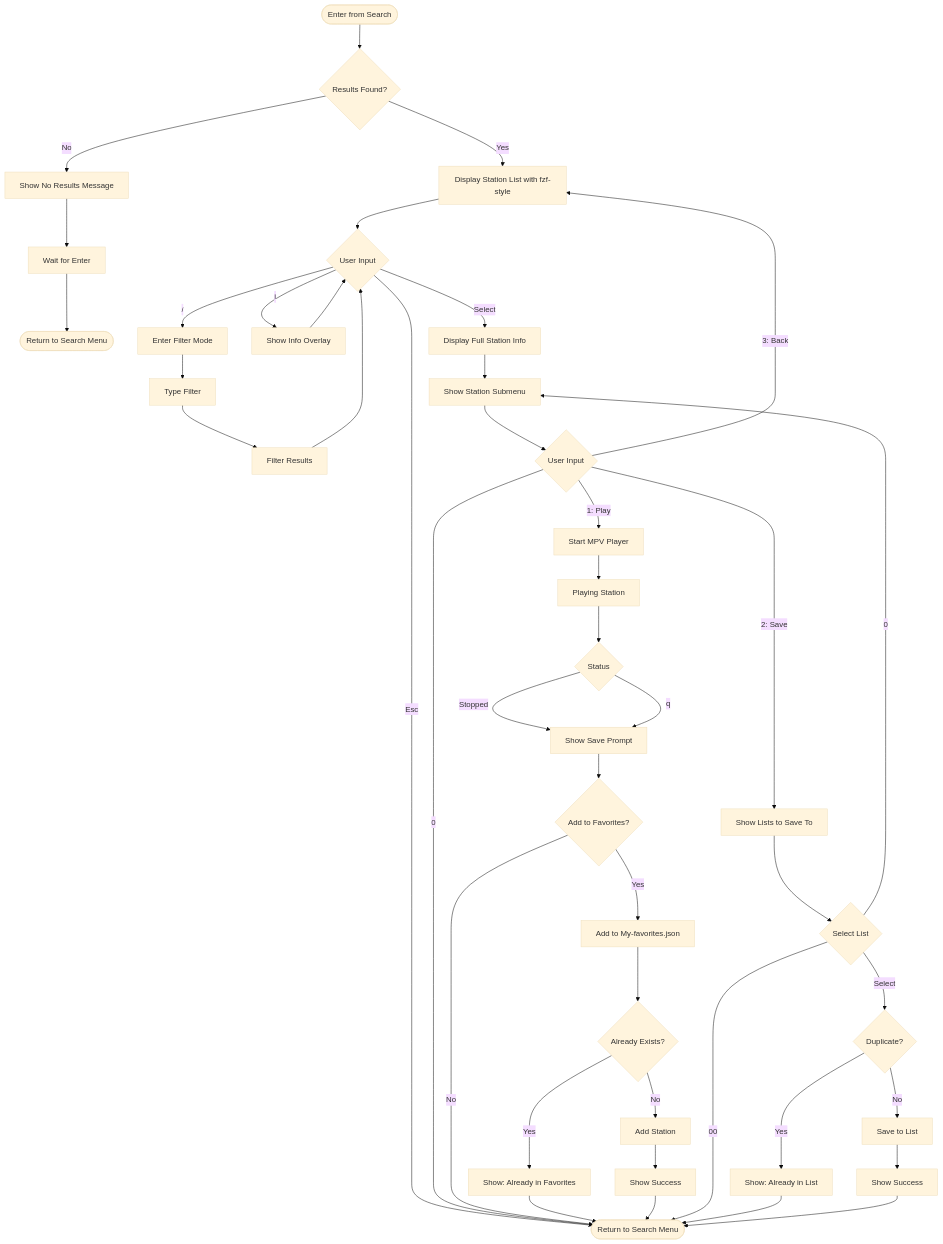
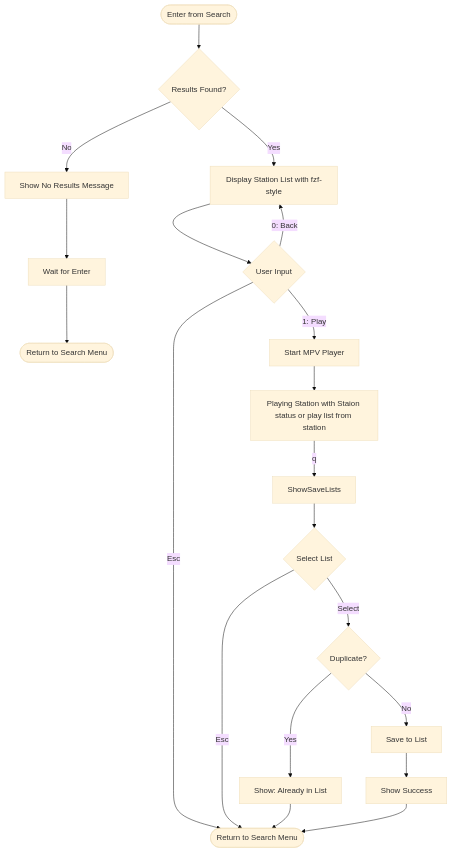
One commit to shinokada/tera changed the fifth of 13 diagrams in golang/spec-docs/flow-charts.md. Above: the diagram before and after it, drawn with Mermaid (base theme). The commit also changed other lines of this file and 81 other files, not shown here.

````diff
--- a/golang/spec-docs/flow-charts.md
+++ b/golang/spec-docs/flow-charts.md
@@ -252,54 +252,27 @@
 ```mermaid
 flowchart TD
     Enter([Enter from Search]) --> CheckResults{Results Found?}
     
     CheckResults -->|No| NoResults[Show No Results Message]
     NoResults --> Wait[Wait for Enter]
     Wait --> Back1([Return to Search Menu])
     
     CheckResults -->|Yes| ShowResults[Display Station List with fzf-style]
     
     ShowResults --> ResultInput{User Input}
     ResultInput -->|Esc| Back2([Return to Search Menu])
-    ResultInput -->|/| Filter[Enter Filter Mode]
-    ResultInput -->|i| QuickInfo[Show Info Overlay]
-    ResultInput -->|Select| ShowStationInfo[Display Full Station Info]
+    ResultInput -->|0: Back| ShowResults
+    ResultInput -->|1: Play| PlayStation[Start MPV Player]
     
-    Filter --> FilterText[Type Filter]
-    FilterText --> UpdateResults[Filter Results]
-    UpdateResults --> ResultInput
-    
-    QuickInfo --> ResultInput
-    
-    ShowStationInfo --> Submenu[Show Station Submenu]
-    Submenu --> SubInput{User Input}
-    
-    SubInput -->|0| Back2
-    SubInput -->|1: Play| PlayStation[Start MPV Player]
-    SubInput -->|2: Save| ShowSaveLists[Show Lists to Save To]
-    SubInput -->|3: Back| ShowResults
-    
-    PlayStation --> MPV[Playing Station]
-    MPV --> PlayingState{Status}
-    PlayingState -->|Stopped| SavePrompt[Show Save Prompt]
-    PlayingState -->|q| SavePrompt
-    SavePrompt --> PromptChoice{Add to Favorites?}
-    PromptChoice -->|Yes| AddToQuick[Add to My-favorites.json]
-    PromptChoice -->|No| Back2
-    AddToQuick --> CheckDupe1{Already Exists?}
-    CheckDupe1 -->|Yes| DupeMsg1[Show: Already in Favorites]
-    CheckDupe1 -->|No| DoAdd[Add Station]
-    DupeMsg1 --> Back2
-    DoAdd --> Success1[Show Success]
-    Success1 --> Back2
+    PlayStation --> MPV[Playing Station with Staion status or play list from station]
+    MPV -->|q| ShowSaveLists
     
     ShowSaveLists --> ListChoice{Select List}
-    ListChoice -->|0| Submenu
-    ListChoice -->|00| Back2
+    ListChoice -->|Esc| Back2
     ListChoice -->|Select| CheckDupe2{Duplicate?}
     CheckDupe2 -->|Yes| DupeMsg2[Show: Already in List]
     CheckDupe2 -->|No| SaveIt[Save to List]
     DupeMsg2 --> Back2
     SaveIt --> Success2[Show Success]
     Success2 --> Back2
 ```
````
